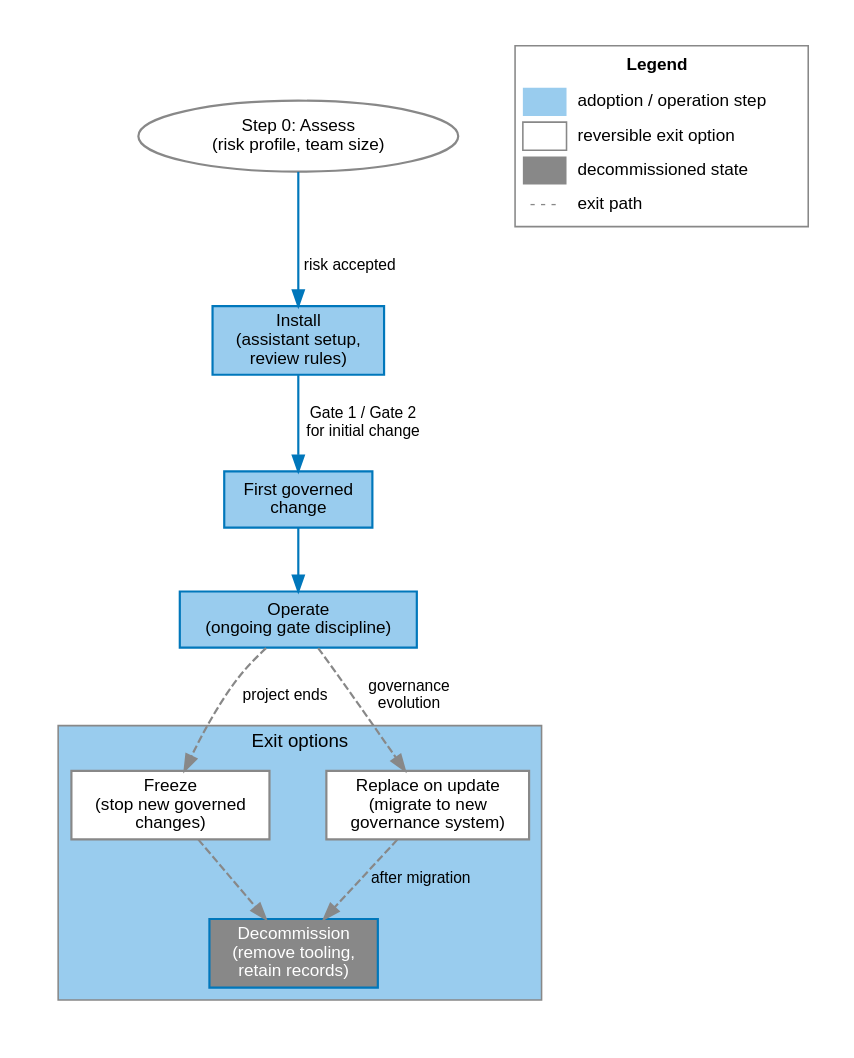
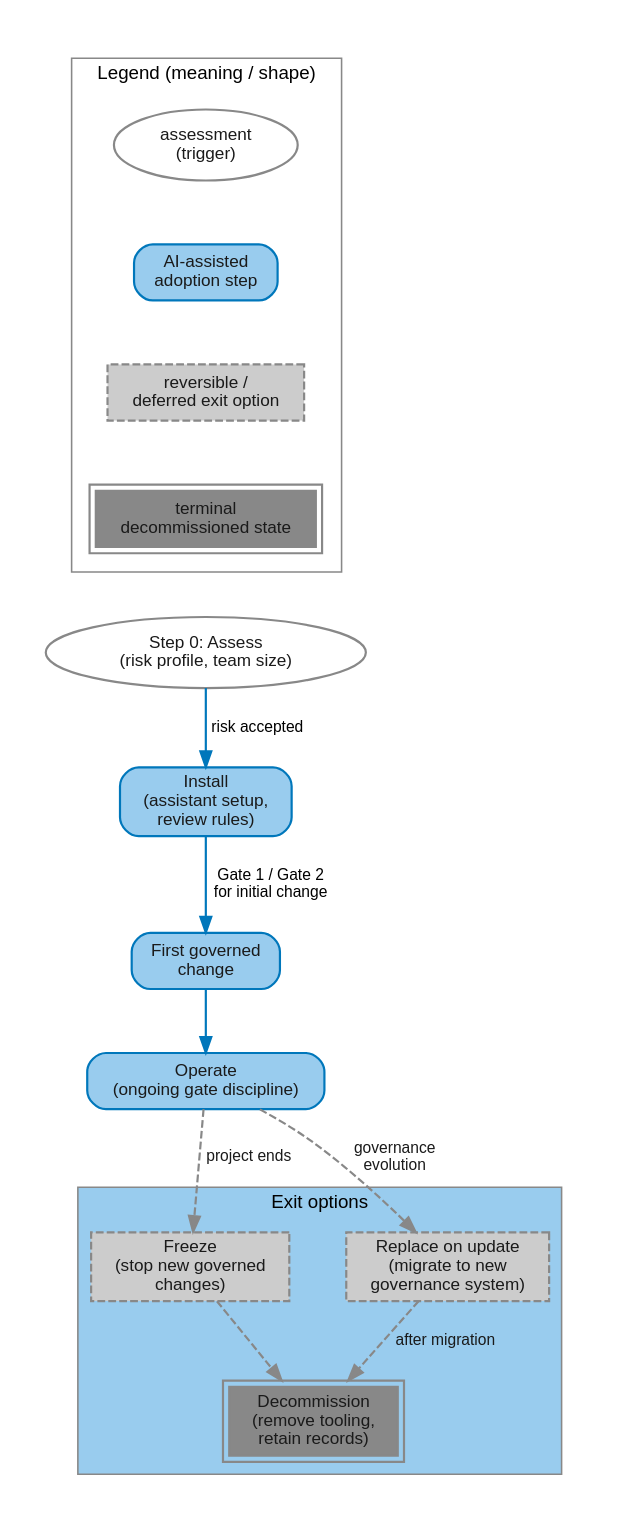
One commit to janipaijanen/agf-mirror changed the diagram in agf/docs/figures/src/adoption-exit-flow.dot. Above: the diagram before and after it, drawn with Graphviz. The commit also changed 17 other files, not shown here.

```diff
--- a/agf/docs/figures/src/adoption-exit-flow.dot
+++ b/agf/docs/figures/src/adoption-exit-flow.dot
@@ -1,53 +1,94 @@
 // SPDX-License-Identifier: CC-BY-SA-4.0
 // agents-govern: adoption impact and exit/decommission flow
 // Generate: dot -Tsvg adoption-exit-flow.dot -o ../adoption-exit-flow.svg
+//
+// Semantic responsibility palette: agf/docs/site/reference/palette.md
+// ("Semantic responsibility palette" section). This figure's own axis
+// (adoption progress vs. reversible exit vs. terminal decommission
+// state) is not literally "who is responsible for this node," but it
+// reuses the same token set and the same colour-independence discipline
+// (shape differs per meaning, never colour alone) so the whole figure
+// set reads as one palette. "Freeze" and "Replace on update" are
+// deferred/optional paths -- Reference/deferred content treatment
+// (grey-light, dashed). "Decommission" is the terminal neutral state --
+// grey-mid (the base palette's own "Neutral / deferred" token, per
+// palette.md's Palette table), solid double border to distinguish it by
+// shape from the dashed deferred-path boxes. Fixes a contrast defect:
+// the prior white-on-grey-mid (#888888) text on "Decommission" was
+// approximately 3.54:1, below the 4.5:1 AA normal-text threshold this
+// script enforces; text is now #1A1A1A.
 digraph adoption_exit {
     graph [rankdir=TB, splines=spline, pad=0.3, nodesep=0.5, ranksep=0.55,
            bgcolor=white, fontname="Helvetica", fontsize=12]
     node  [fontname="Helvetica", fontsize=11, style=filled, shape=box,
            fillcolor="#99CCEE", color="#0077BB", penwidth=1.4]
     edge  [fontname="Helvetica", fontsize=10, color="#0077BB", penwidth=1.4]
 
+    // Shape key: matches the other converted figures' AI action /
+    // reference-deferred treatment, plus this figure's own neutral
+    // trigger and terminal-state shapes.
+    subgraph cluster_shapekey {
+        label = "Legend (meaning / shape)"
+        fontname = "Helvetica"
+        fontsize = 12
+        color = "#888888"
+        margin = 12
+
+        sk_oval      [label="assessment\n(trigger)", shape=ellipse,
+                      fillcolor=white, color="#888888", fontcolor="#1A1A1A"]
+        sk_ai        [label="AI-assisted\nadoption step",
+                      style="filled,rounded", fillcolor="#99CCEE",
+                      color="#0077BB", fontcolor="#1A1A1A"]
+        sk_reference [label="reversible /\ndeferred exit option",
+                      style="filled,dashed", fillcolor="#CCCCCC",
+                      color="#888888", fontcolor="#1A1A1A"]
+        sk_terminal  [label="terminal\ndecommissioned state",
+                      style="filled,bold", peripheries=2, fillcolor="#888888",
+                      color="#888888", fontcolor="#1A1A1A"]
+
+        sk_oval -> sk_ai -> sk_reference -> sk_terminal [style=invis]
+    }
+
     assess   [label="Step 0: Assess\n(risk profile, team size)", shape=ellipse,
-              fillcolor=white, color="#888888"]
-    install  [label="Install\n(assistant setup,\nreview rules)"]
-    first    [label="First governed\nchange"]
-    operate  [label="Operate\n(ongoing gate discipline)"]
+              fillcolor=white, color="#888888", fontcolor="#1A1A1A"]
+    install  [label="Install\n(assistant setup,\nreview rules)",
+              style="filled,rounded", fillcolor="#99CCEE", color="#0077BB",
+              fontcolor="#1A1A1A"]
+    first    [label="First governed\nchange", style="filled,rounded",
+              fillcolor="#99CCEE", color="#0077BB", fontcolor="#1A1A1A"]
+    operate  [label="Operate\n(ongoing gate discipline)", style="filled,rounded",
+              fillcolor="#99CCEE", color="#0077BB", fontcolor="#1A1A1A"]
 
     subgraph cluster_exit {
         label="Exit options"
         style=filled
         fillcolor="#99CCEE"
         color="#888888"
         fontname="Helvetica"
         fontsize=12
 
-        freeze   [label="Freeze\n(stop new governed\nchanges)", fillcolor=white,
-                  color="#888888"]
+        freeze   [label="Freeze\n(stop new governed\nchanges)", style="filled,dashed",
+                  fillcolor="#CCCCCC", color="#888888", fontcolor="#1A1A1A"]
         replace  [label="Replace on update\n(migrate to new\ngovernance system)",
-                  fillcolor=white, color="#888888"]
+                  style="filled,dashed", fillcolor="#CCCCCC", color="#888888",
+                  fontcolor="#1A1A1A"]
         decomm   [label="Decommission\n(remove tooling,\nretain records)",
-                  fillcolor="#888888", fontcolor=white]
+                  style="filled,bold", peripheries=2, fillcolor="#888888",
+                  color="#888888", fontcolor="#1A1A1A"]
     }
+
+    // Stack the shape key above the diagram, same technique as the
+    // other converted figures.
+    sk_terminal -> assess [style=invis]
 
     assess   -> install  [label="risk accepted"]
     install  -> first    [label="Gate 1 / Gate 2\nfor initial change"]
     first    -> operate
-    operate  -> freeze   [label="project ends", style=dashed, color="#888888"]
+    operate  -> freeze   [label="project ends", style=dashed, color="#888888",
+                          fontcolor="#1A1A1A"]
     operate  -> replace  [label="governance\nevolution", style=dashed,
-                          color="#888888"]
+                          color="#888888", fontcolor="#1A1A1A"]
     freeze   -> decomm   [style=dashed, color="#888888"]
     replace  -> decomm   [style=dashed, color="#888888",
-                          label="after migration"]
-
-    legend [shape=plain, label=<
-        <TABLE BORDER="1" CELLBORDER="0" CELLSPACING="4" CELLPADDING="3" COLOR="#888888" BGCOLOR="white">
-            <TR><TD COLSPAN="2"><B>Legend</B></TD></TR>
-            <TR><TD BGCOLOR="#99CCEE" WIDTH="28"></TD><TD ALIGN="LEFT">adoption / operation step</TD></TR>
-            <TR><TD BORDER="1" COLOR="#888888" WIDTH="28"></TD><TD ALIGN="LEFT">reversible exit option</TD></TR>
-            <TR><TD BGCOLOR="#888888" WIDTH="28"></TD><TD ALIGN="LEFT">decommissioned state</TD></TR>
-            <TR><TD><FONT COLOR="#888888">- - -</FONT></TD><TD ALIGN="LEFT">exit path</TD></TR>
-        </TABLE>
-    >]
-    {rank=same; legend; assess}
+                          label="after migration", fontcolor="#1A1A1A"]
 }
```
